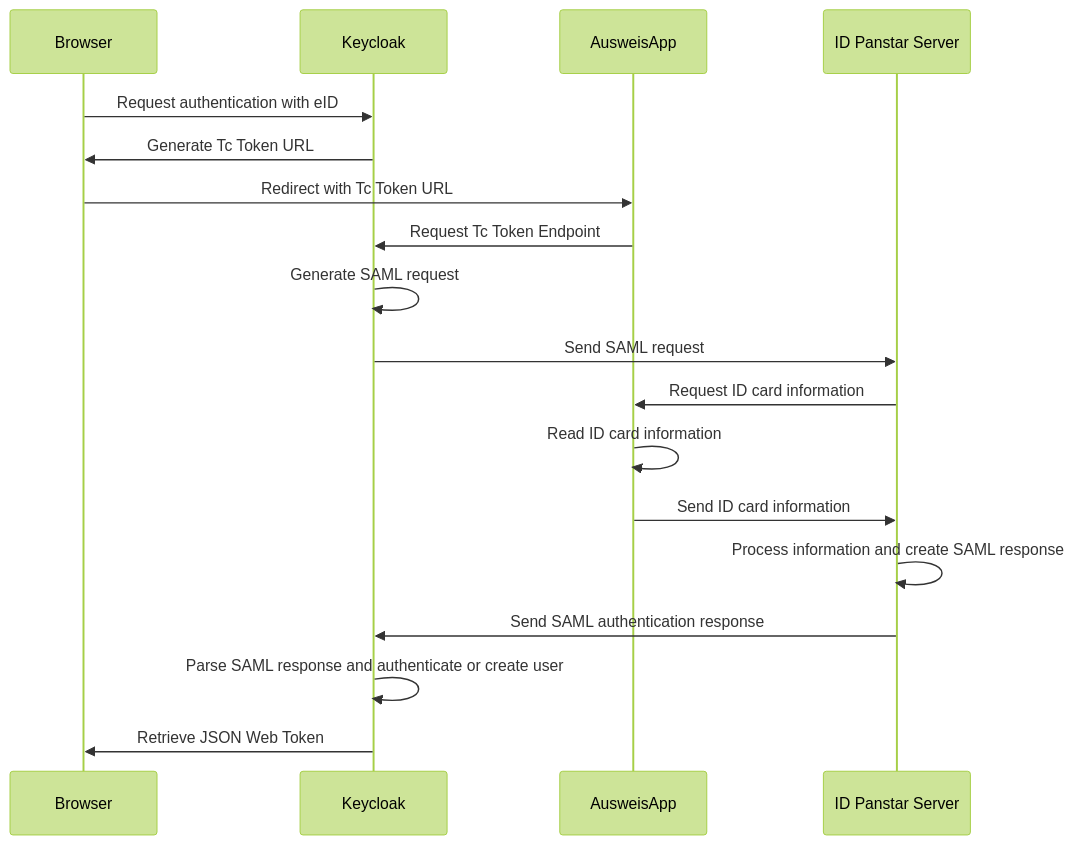
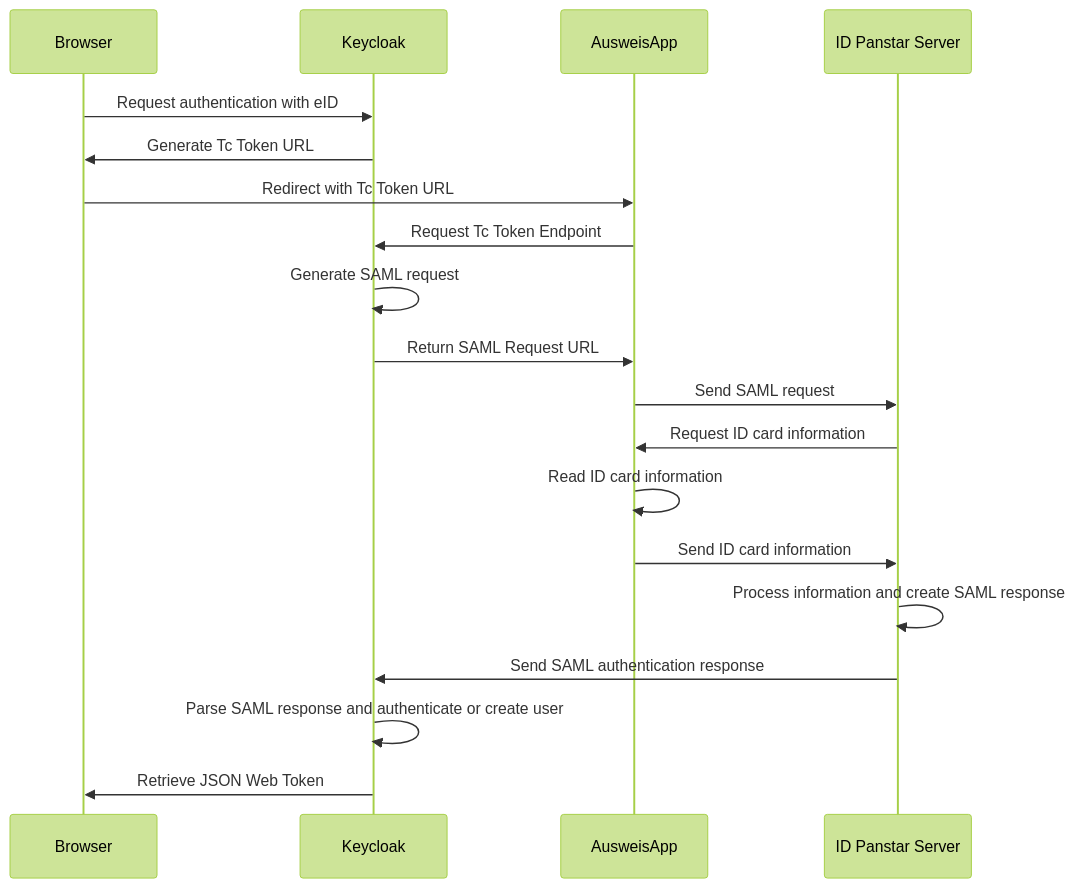
Before and after one commit to L21s/keycloak-eid-identity-provider: the diagram in README.md, drawn with Mermaid (forest theme).

Commit message:
add missing step to flowchart

````diff
--- a/README.md
+++ b/README.md
@@ -66,20 +66,21 @@
 ```mermaid
 sequenceDiagram
     participant Browser
     participant Keycloak
     participant AusweisApp
     participant ID Panstar Server
     Browser->>Keycloak: Request authentication with eID
     Keycloak->>Browser: Generate Tc Token URL
     Browser->>AusweisApp: Redirect with Tc Token URL
     AusweisApp->>Keycloak: Request Tc Token Endpoint
     Keycloak->>Keycloak: Generate SAML request
-    Keycloak->>ID Panstar Server: Send SAML request
+    Keycloak->>AusweisApp: Return SAML Request URL
+    AusweisApp->>ID Panstar Server: Send SAML request
     ID Panstar Server->>AusweisApp: Request ID card information
     AusweisApp->>AusweisApp: Read ID card information
     AusweisApp->>ID Panstar Server: Send ID card information
     ID Panstar Server->>ID Panstar Server: Process information and create SAML response 
     ID Panstar Server->>Keycloak: Send SAML authentication response
     Keycloak->>Keycloak: Parse SAML response and authenticate or create user
     Keycloak->>Browser: Retrieve JSON Web Token
 ```
````
